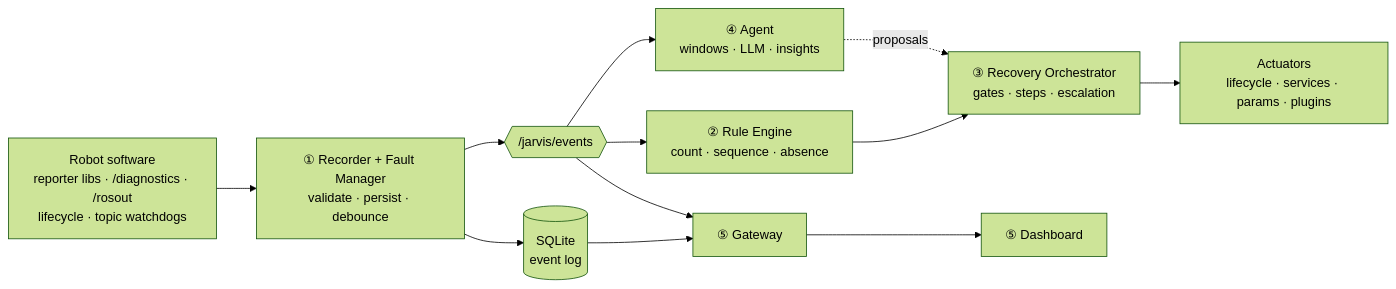
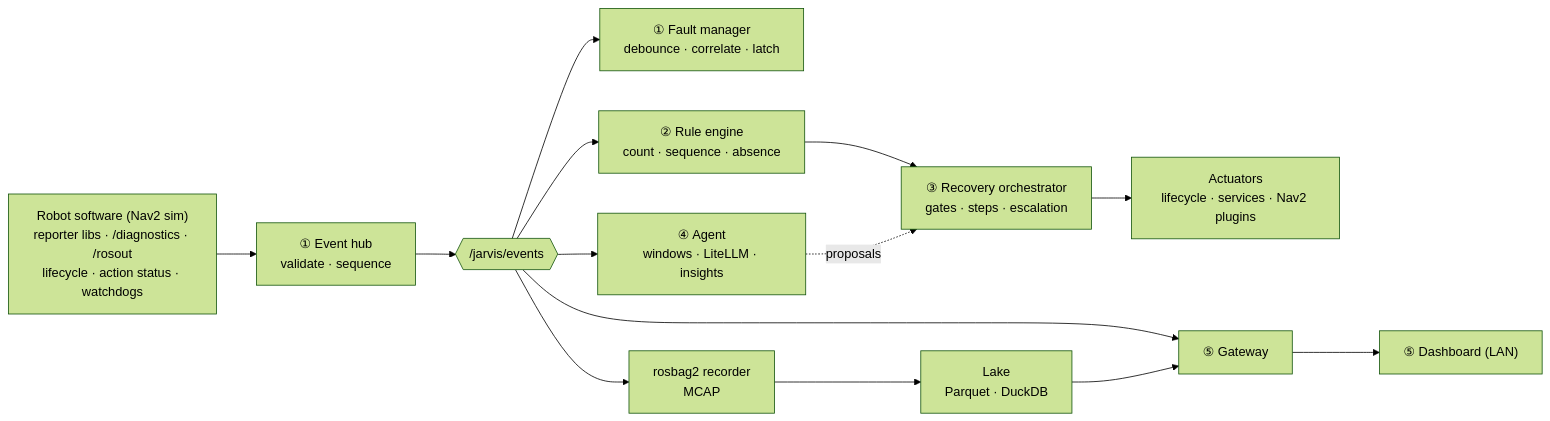
Before and after one commit to guilyx/jarvis_ros2: the diagram in docs/design/README.md, drawn with Mermaid (forest theme). The commit also changed other lines of this file and 20 other files, not shown here.

````diff
--- a/docs/design/README.md
+++ b/docs/design/README.md
@@ -14,14 +14,16 @@
 ```mermaid
 flowchart LR
-  SRC["Robot software<br/>reporter libs · /diagnostics · /rosout<br/>lifecycle · topic watchdogs"] --> REC["① Recorder + Fault Manager<br/>validate · persist · debounce"]
-  REC --> DB[("SQLite<br/>event log")]
-  REC --> EV{{"/jarvis/events"}}
-  EV --> RE["② Rule Engine<br/>count · sequence · absence"]
-  RE --> RO["③ Recovery Orchestrator<br/>gates · steps · escalation"]
-  RO --> ACT["Actuators<br/>lifecycle · services · params · plugins"]
-  EV --> AG["④ Agent<br/>windows · LLM · insights"]
+  SRC["Robot software (Nav2 sim)<br/>reporter libs · /diagnostics · /rosout<br/>lifecycle · action status · watchdogs"] --> HUB["① Event hub<br/>validate · sequence"]
+  HUB --> EV{{"/jarvis/events"}}
+  EV --> FM["① Fault manager<br/>debounce · correlate · latch"]
+  EV --> RE["② Rule engine<br/>count · sequence · absence"]
+  RE --> RO["③ Recovery orchestrator<br/>gates · steps · escalation"]
+  RO --> ACT["Actuators<br/>lifecycle · services · Nav2 plugins"]
+  EV --> AG["④ Agent<br/>windows · LiteLLM · insights"]
   AG -. "proposals" .-> RO
-  DB --> GW["⑤ Gateway"]
-  EV --> GW
-  GW --> UI["⑤ Dashboard"]
+  EV --> REC["rosbag2 recorder<br/>MCAP"]
+  REC --> LAKE["Lake<br/>Parquet · DuckDB"]
+  EV --> GW["⑤ Gateway"]
+  LAKE --> GW
+  GW --> UI["⑤ Dashboard (LAN)"]
 ```
````
